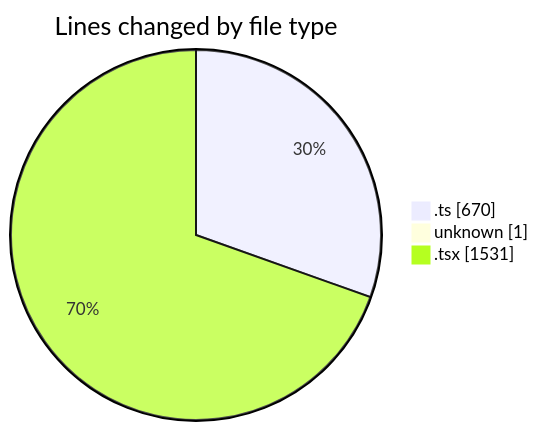
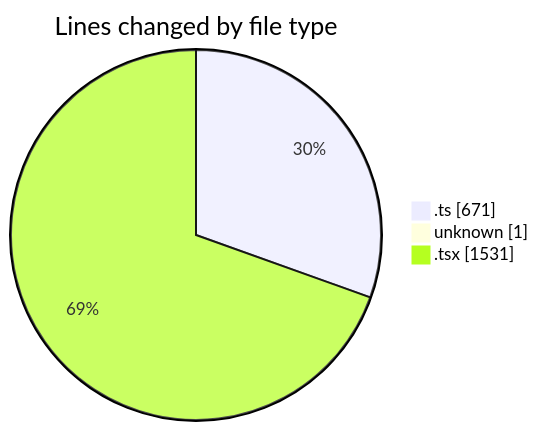
Before and after one commit to robertbonfada/code-tracking: the first of 2 diagrams in 2025-02-17/mbc-web/README.md, drawn with Mermaid. The commit also changed other lines of this file and 1 other file, not shown here.

````diff
--- a/2025-02-17/mbc-web/README.md
+++ b/2025-02-17/mbc-web/README.md
@@ -32,7 +32,7 @@
 ```mermaid
 pie showData
 title Lines changed by file type
-".ts" : 670
+".ts" : 671
 "unknown" : 1
 ".tsx" : 1531
 ```
````
